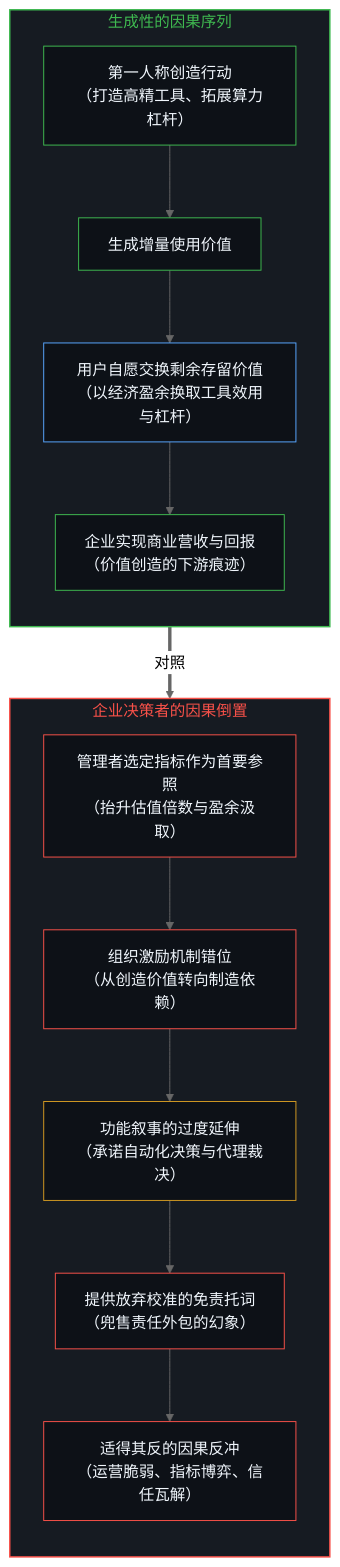
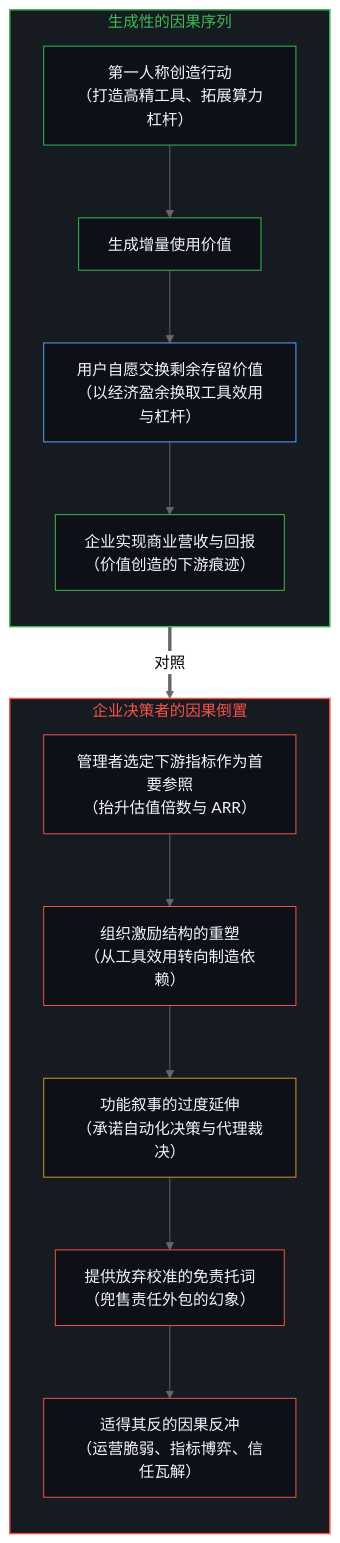
One commit to powerpig99/not-a-toe changed the fifth of 12 diagrams in content/posts/the-delegation-of-the-task-and-the-inalienability-of-consequences.md. Above: the diagram before and after it, drawn with Mermaid (neutral theme). The commit also changed other lines of this file and 12 other files, not shown here.

````diff
--- a/content/posts/the-delegation-of-the-task-and-the-inalienability-of-consequences.md
+++ b/content/posts/the-delegation-of-the-task-and-the-inalienability-of-consequences.md
@@ -147,28 +147,28 @@
 ```mermaid
 flowchart TD
     subgraph S_Natural["生成性的因果序列"]
         direction TB
         V1["第一人称创造行动<br/>（打造高精工具、拓展算力杠杆）"] --> V2["生成增量使用价值"]
         V2 --> V3["用户自愿交换剩余存留价值<br/>（以经济盈余换取工具效用与杠杆）"]
         V3 --> V4["企业实现商业营收与回报<br/>（价值创造的下游痕迹）"]
     end
     subgraph S_Inverted["企业决策者的因果倒置"]
         direction TB
-        I1["管理者选定指标作为首要参照<br/>（抬升估值倍数与盈余汲取）"] --> I2["组织激励机制错位<br/>（从创造价值转向制造依赖）"]
+        I1["管理者选定下游指标作为首要参照<br/>（抬升估值倍数与 ARR）"] --> I2["组织激励结构的重塑<br/>（从工具效用转向制造依赖）"]
         I2 --> I3["功能叙事的过度延伸<br/>（承诺自动化决策与代理裁决）"]
         I3 --> I4["提供放弃校准的免责托词<br/>（兜售责任外包的幻象）"]
         I4 --> I5["适得其反的因果反冲<br/>（运营脆弱、指标博弈、信任瓦解）"]
     end
     S_Natural ==>|"对照"| S_Inverted
     style S_Natural fill:#161b22,stroke:#3fb950,stroke-width:1.5px,color:#3fb950
     style S_Inverted fill:#161b22,stroke:#f85149,stroke-width:1.5px,color:#f85149
     style V1 fill:#0d1117,stroke:#3fb950,stroke-width:1px,color:#f0f6fc
     style V2 fill:#0d1117,stroke:#3fb950,stroke-width:1px,color:#f0f6fc
     style V3 fill:#0d1117,stroke:#58a6ff,stroke-width:1px,color:#f0f6fc
     style V4 fill:#0d1117,stroke:#3fb950,stroke-width:1px,color:#f0f6fc
     style I1 fill:#0d1117,stroke:#f85149,stroke-width:1px,color:#f0f6fc
     style I2 fill:#0d1117,stroke:#f85149,stroke-width:1px,color:#f0f6fc
     style I3 fill:#0d1117,stroke:#d29922,stroke-width:1px,color:#f0f6fc
     style I4 fill:#0d1117,stroke:#f85149,stroke-width:1px,color:#f0f6fc
     style I5 fill:#0d1117,stroke:#f85149,stroke-width:1px,color:#f0f6fc
 ```
````
